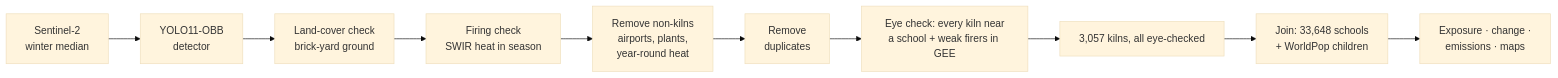
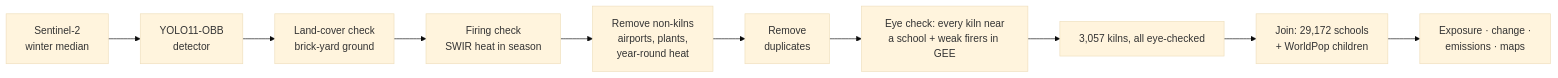
One commit to rashmi049-clutch/kilnwatch changed the diagram in README.md. Above: the diagram before and after it, drawn with Mermaid (base theme). The commit also changed other lines of this file and 31 other files, not shown here.

````diff
--- a/README.md
+++ b/README.md
@@ -55,12 +55,12 @@
 ```mermaid
 flowchart LR
     A[Sentinel-2<br>winter median] --> B[YOLO11-OBB<br>detector]
     B --> C[Land-cover check<br>brick-yard ground]
     C --> D[Firing check<br>SWIR heat in season]
     D --> E[Remove non-kilns<br>airports, plants,<br>year-round heat]
     E --> F[Remove<br>duplicates]
     F --> V[Eye check: every kiln near<br>a school + weak firers in GEE]
     V --> G[3,057 kilns, all eye-checked]
-    G --> H[Join: 33,648 schools<br>+ WorldPop children]
+    G --> H[Join: 29,172 schools<br>+ WorldPop children]
     H --> I[Exposure · change ·<br>emissions · maps]
 ```
````
